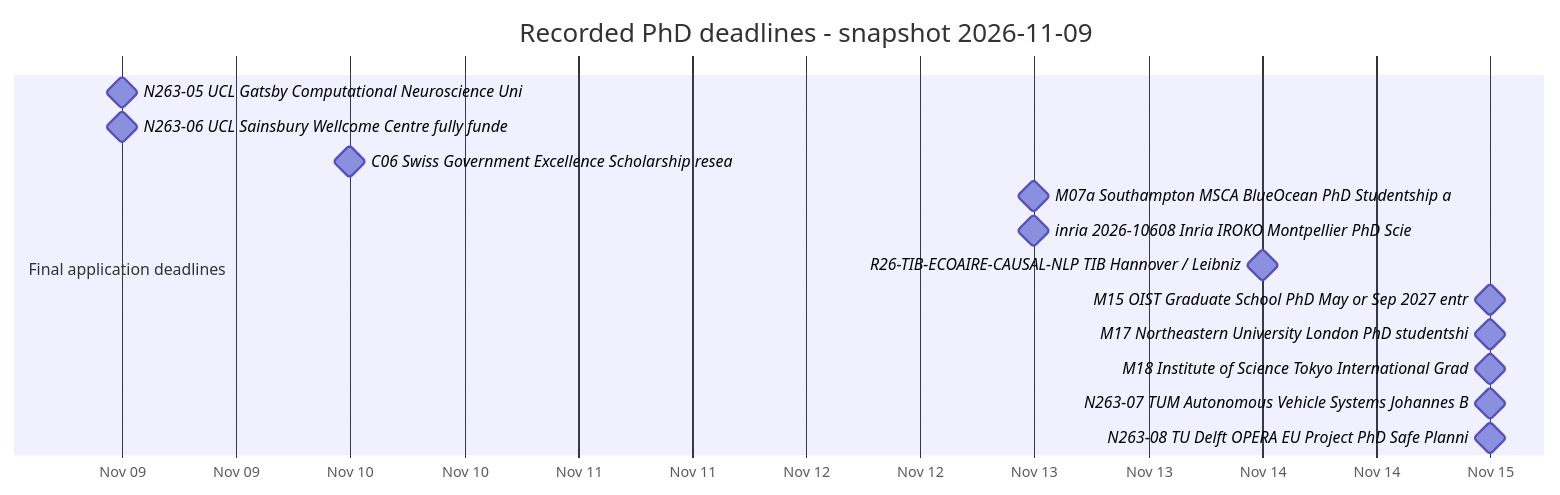
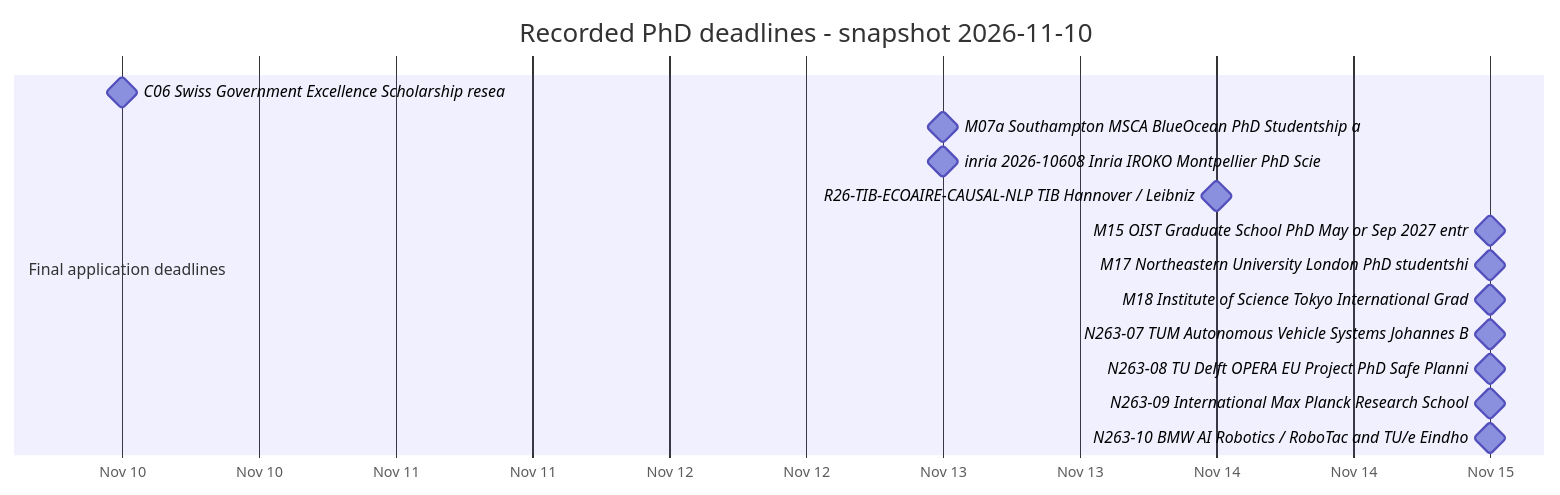
Before and after one commit to Armanasq/phd_tracker: the diagram in docs/diagrams/deadlines.mmd, drawn with Mermaid. The commit also changed 40 other files, not shown here.

```diff
--- a/docs/diagrams/deadlines.mmd
+++ b/docs/diagrams/deadlines.mmd
@@ -1,16 +1,16 @@
 gantt
-    title Recorded PhD deadlines - snapshot 2026-11-09
+    title Recorded PhD deadlines - snapshot 2026-11-10
     dateFormat YYYY-MM-DD
     axisFormat %b %d
     section Final application deadlines
-    N263-05 UCL Gatsby Computational Neuroscience Uni :milestone, d0, 2026-11-09, 0d
-    N263-06 UCL Sainsbury Wellcome Centre fully funde :milestone, d1, 2026-11-09, 0d
-    C06 Swiss Government Excellence Scholarship resea :milestone, d2, 2026-11-10, 0d
-    M07a Southampton MSCA BlueOcean PhD Studentship a :milestone, d3, 2026-11-13, 0d
-    inria 2026-10608 Inria IROKO Montpellier PhD Scie :milestone, d4, 2026-11-13, 0d
-    R26-TIB-ECOAIRE-CAUSAL-NLP TIB Hannover / Leibniz :milestone, d5, 2026-11-14, 0d
-    M15 OIST Graduate School PhD May or Sep 2027 entr :milestone, d6, 2026-11-15, 0d
-    M17 Northeastern University London PhD studentshi :milestone, d7, 2026-11-15, 0d
-    M18 Institute of Science Tokyo International Grad :milestone, d8, 2026-11-15, 0d
-    N263-07 TUM Autonomous Vehicle Systems Johannes B :milestone, d9, 2026-11-15, 0d
-    N263-08 TU Delft OPERA EU Project PhD Safe Planni :milestone, d10, 2026-11-15, 0d
+    C06 Swiss Government Excellence Scholarship resea :milestone, d0, 2026-11-10, 0d
+    M07a Southampton MSCA BlueOcean PhD Studentship a :milestone, d1, 2026-11-13, 0d
+    inria 2026-10608 Inria IROKO Montpellier PhD Scie :milestone, d2, 2026-11-13, 0d
+    R26-TIB-ECOAIRE-CAUSAL-NLP TIB Hannover / Leibniz :milestone, d3, 2026-11-14, 0d
+    M15 OIST Graduate School PhD May or Sep 2027 entr :milestone, d4, 2026-11-15, 0d
+    M17 Northeastern University London PhD studentshi :milestone, d5, 2026-11-15, 0d
+    M18 Institute of Science Tokyo International Grad :milestone, d6, 2026-11-15, 0d
+    N263-07 TUM Autonomous Vehicle Systems Johannes B :milestone, d7, 2026-11-15, 0d
+    N263-08 TU Delft OPERA EU Project PhD Safe Planni :milestone, d8, 2026-11-15, 0d
+    N263-09 International Max Planck Research School  :milestone, d9, 2026-11-15, 0d
+    N263-10 BMW AI Robotics / RoboTac and TU/e Eindho :milestone, d10, 2026-11-15, 0d
```
